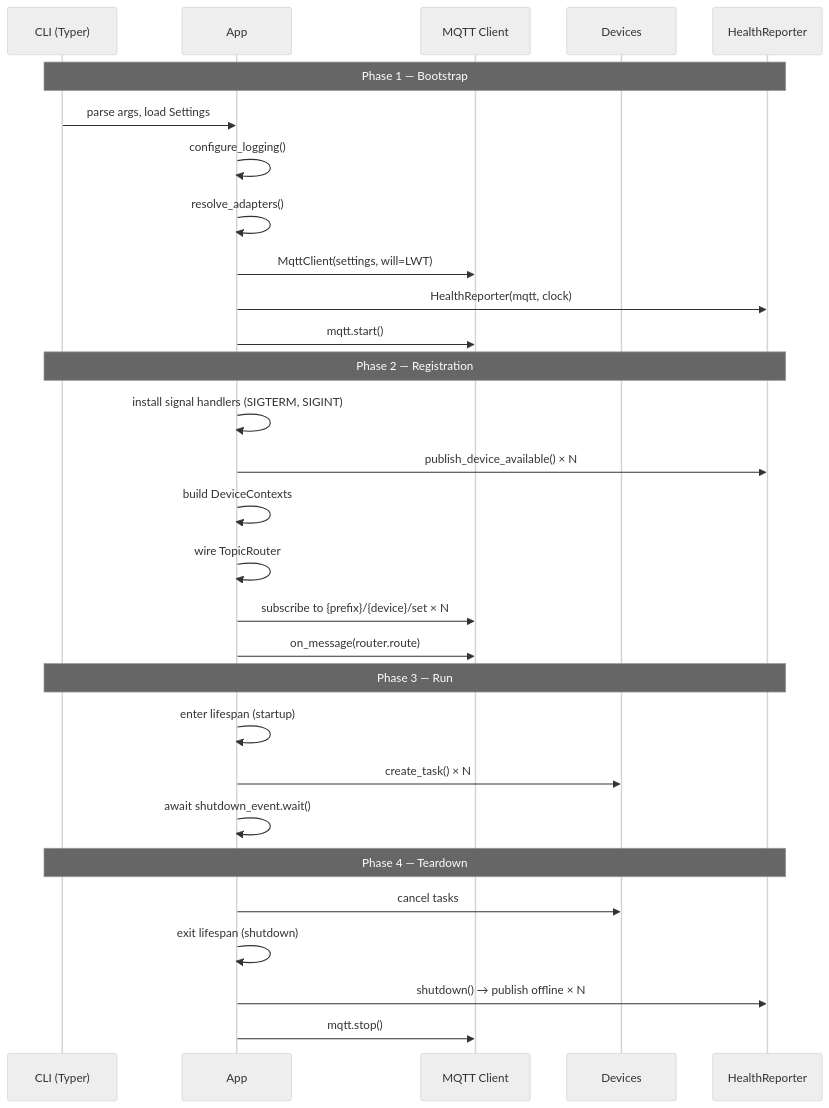
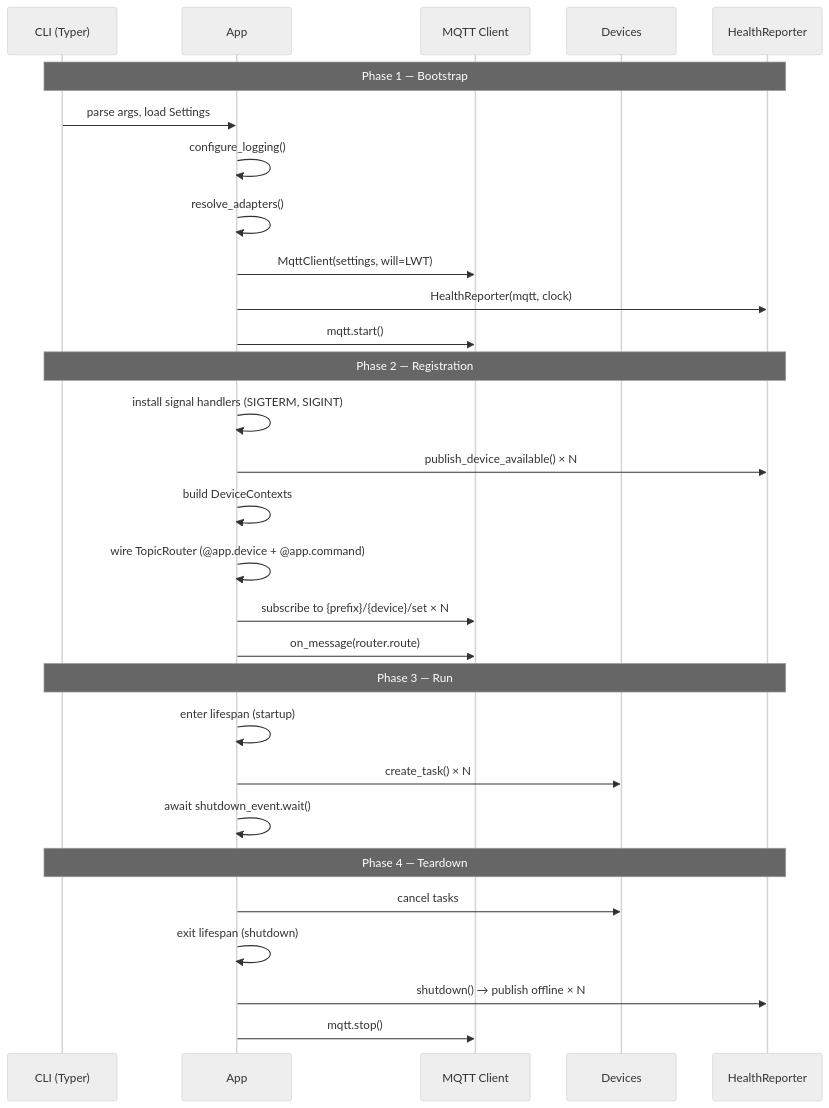
One commit to ff-fab/cosalette changed the diagram in docs/concepts/lifecycle.md. Above: the diagram before and after it, drawn with Mermaid (neutral theme). The commit also changed other lines of this file and 16 other files, not shown here.

First line of the commit message:
feat: add @app.command() decorator for command handler registration (#23)

````diff
--- a/docs/concepts/lifecycle.md
+++ b/docs/concepts/lifecycle.md
@@ -13,35 +13,35 @@
 ```mermaid
 sequenceDiagram
     participant CLI as CLI (Typer)
     participant App
     participant MQTT as MQTT Client
     participant Devices
     participant Health as HealthReporter
 
     Note over CLI,Health: Phase 1 — Bootstrap
     CLI->>App: parse args, load Settings
     App->>App: configure_logging()
     App->>App: resolve_adapters()
     App->>MQTT: MqttClient(settings, will=LWT)
     App->>Health: HealthReporter(mqtt, clock)
     App->>MQTT: mqtt.start()
 
     Note over CLI,Health: Phase 2 — Registration
     App->>App: install signal handlers (SIGTERM, SIGINT)
     App->>Health: publish_device_available() × N
     App->>App: build DeviceContexts
-    App->>App: wire TopicRouter
+    App->>App: wire TopicRouter (@app.device + @app.command)
     App->>MQTT: subscribe to {prefix}/{device}/set × N
     App->>MQTT: on_message(router.route)
 
     Note over CLI,Health: Phase 3 — Run
     App->>App: enter lifespan (startup)
     App->>Devices: create_task() × N
     App->>App: await shutdown_event.wait()
 
     Note over CLI,Health: Phase 4 — Teardown
     App->>Devices: cancel tasks
     App->>App: exit lifespan (shutdown)
     App->>Health: shutdown() → publish offline × N
     App->>MQTT: mqtt.stop()
 ```
````
